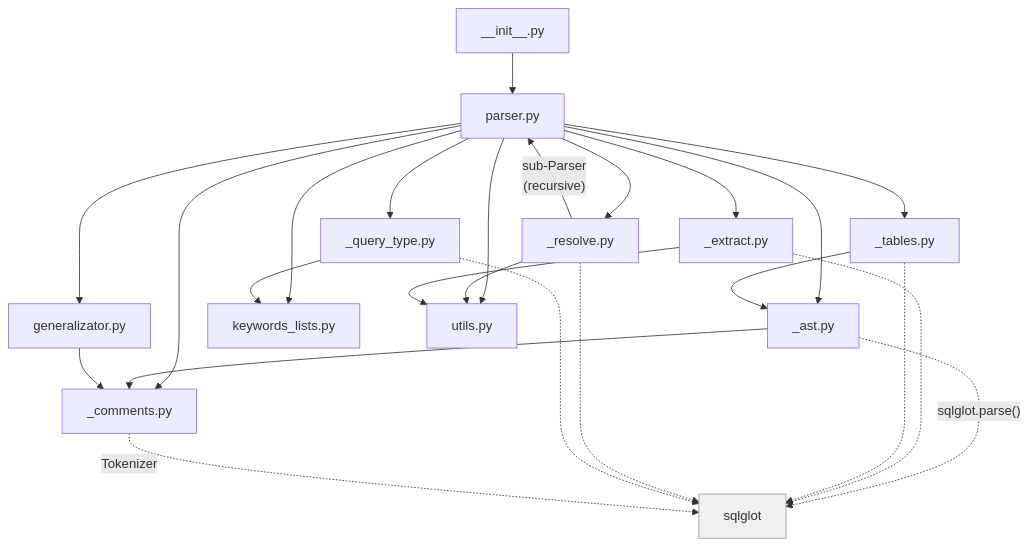
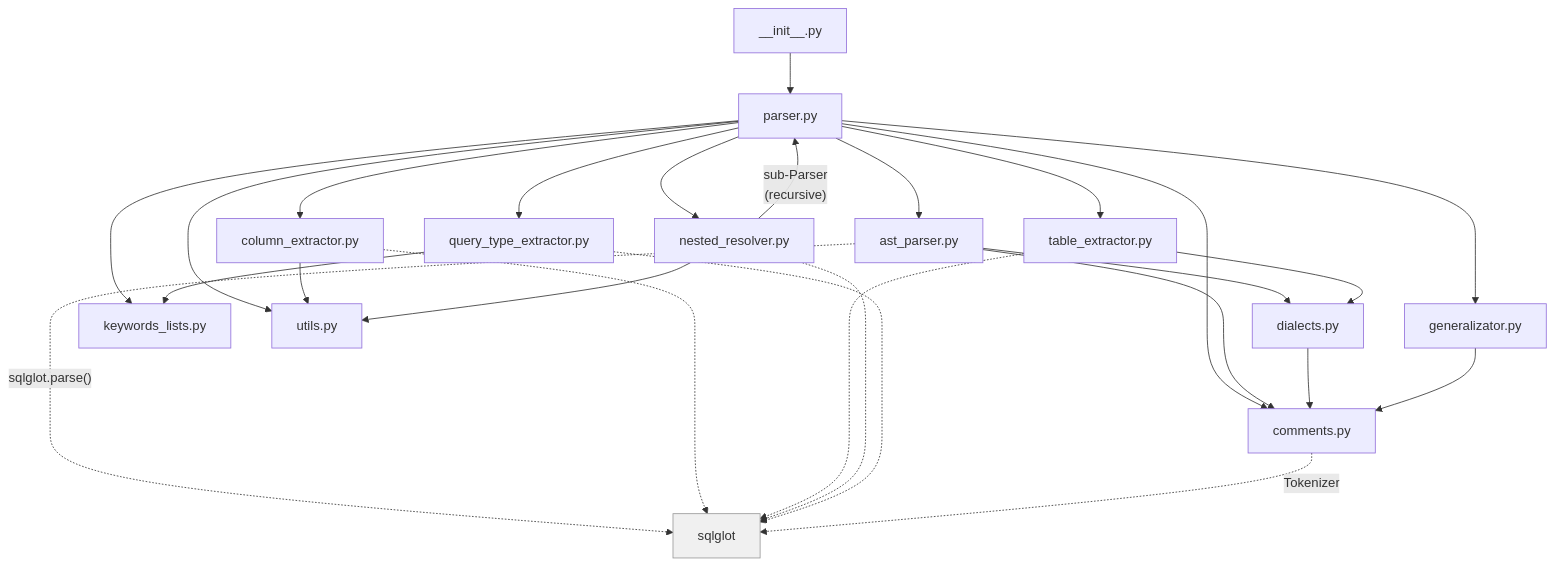
The ninth of 9 diagrams in ARCHITECTURE.md (macbre/sql-metadata), drawn with Mermaid before and after one commit. The commit also changed other lines of this file and 21 other files, not shown here.

````diff
--- a/ARCHITECTURE.md
+++ b/ARCHITECTURE.md
@@ -494,32 +514,35 @@
 ```mermaid
 flowchart TB
     INIT["__init__.py"]
     INIT --> P["parser.py"]
 
-    P --> AST["_ast.py"]
-    P --> EXT["_extract.py"]
-    P --> TAB["_tables.py"]
-    P --> RES["_resolve.py"]
-    P --> QT["_query_type.py"]
-    P --> COM["_comments.py"]
+    P --> AST["ast_parser.py"]
+    P --> EXT["column_extractor.py"]
+    P --> TAB["table_extractor.py"]
+    P --> RES["nested_resolver.py"]
+    P --> QT["query_type_extractor.py"]
+    P --> COM["comments.py"]
     P --> GEN["generalizator.py"]
     P --> KW["keywords_lists.py"]
     P --> UT["utils.py"]
 
     AST --> COM
+    AST --> DIA["dialects.py"]
     AST -.->|"sqlglot.parse()"| SG["sqlglot"]
 
+    DIA --> COM
+    TAB --> DIA
+
     EXT -.-> SG
+    EXT --> UT
     TAB -.-> SG
-    TAB --> AST
     RES -.-> SG
     RES --> UT
     RES -->|"sub-Parser\n(recursive)"| P
     QT -.-> SG
     QT --> KW
     COM -.->|"Tokenizer"| SG
     GEN --> COM
-    EXT --> UT
 
     style SG fill:#f0f0f0,stroke:#999
 ```
````
